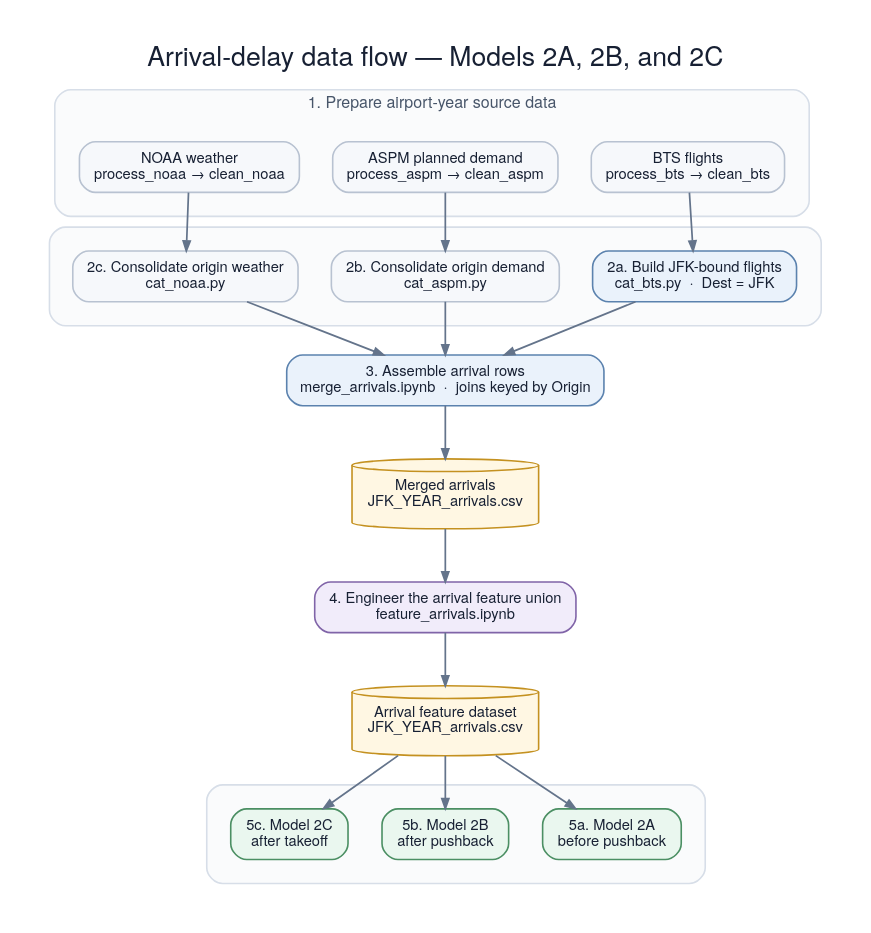
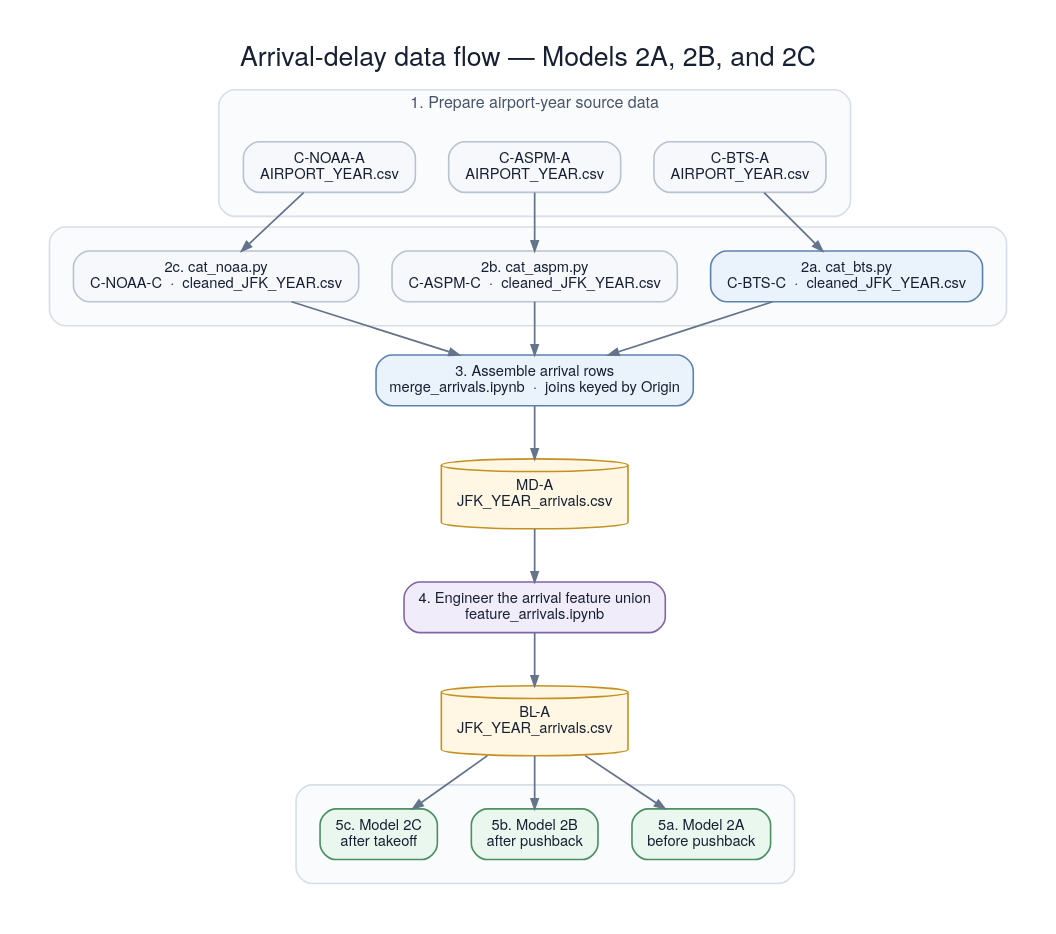
One commit to johndk/berkeley-ml-capstone changed the diagram in resources/diagrams/arrival-data-flow.dot. Above: the diagram before and after it, drawn with Graphviz. The commit also changed 30 other files, not shown here.

```diff
--- a/resources/diagrams/arrival-data-flow.dot
+++ b/resources/diagrams/arrival-data-flow.dot
@@ -1,133 +1,133 @@
 strict digraph arrival_data_flow {
     graph [
         rankdir=TB,
         bgcolor="white",
         pad=0.30,
         nodesep=0.35,
         ranksep=0.55,
         fontname="Helvetica Neue",
         fontcolor="#172033",
         label="Arrival-delay data flow — Models 2A, 2B, and 2C",
         labelloc=t,
         fontsize=20
     ];
 
     node [
         shape=box,
         style="rounded,filled",
         fillcolor="#F6F8FB",
         color="#B8C2D1",
         penwidth=1.2,
         fontname="Helvetica Neue",
         fontcolor="#172033",
         fontsize=11,
         margin="0.16,0.10"
     ];
 
     edge [
         color="#64748B",
         fontname="Helvetica Neue",
         fontcolor="#64748B",
         fontsize=9,
         penwidth=1.3,
         arrowsize=0.75
     ];
 
     subgraph cluster_sources {
         label="1. Prepare airport-year source data";
         labelloc=t;
         style="rounded,filled";
         fillcolor="#FAFBFC";
         color="#D7DEE8";
         penwidth=1.2;
         fontname="Helvetica Neue";
         fontcolor="#475569";
         fontsize=12;
         margin=18;
 
         { rank=same; bts; aspm; noaa; }
 
-        bts [label="BTS flights\nprocess_bts → clean_bts"];
-        aspm [label="ASPM planned demand\nprocess_aspm → clean_aspm"];
-        noaa [label="NOAA weather\nprocess_noaa → clean_noaa"];
+        bts [label="C-BTS-A\nAIRPORT_YEAR.csv"];
+        aspm [label="C-ASPM-A\nAIRPORT_YEAR.csv"];
+        noaa [label="C-NOAA-A\nAIRPORT_YEAR.csv"];
     }
 
     subgraph cluster_destination_inputs {
         label="";
         style="rounded,filled";
         fillcolor="#FAFBFC";
         color="#D7DEE8";
         penwidth=1.2;
         fontname="Helvetica Neue";
         fontcolor="#475569";
         fontsize=12;
         margin=18;
 
         { rank=same; inbound; demand; weather; }
 
         inbound [
-            label="2a. Build JFK-bound flights\ncat_bts.py  ·  Dest = JFK",
+            label="2a. cat_bts.py\nC-BTS-C  ·  cleaned_JFK_YEAR.csv",
             fillcolor="#EAF2FB",
             color="#5B82AE"
         ];
-        demand [label="2b. Consolidate origin demand\ncat_aspm.py"];
-        weather [label="2c. Consolidate origin weather\ncat_noaa.py"];
+        demand [label="2b. cat_aspm.py\nC-ASPM-C  ·  cleaned_JFK_YEAR.csv"];
+        weather [label="2c. cat_noaa.py\nC-NOAA-C  ·  cleaned_JFK_YEAR.csv"];
     }
 
     merge [
         label="3. Assemble arrival rows\nmerge_arrivals.ipynb  ·  joins keyed by Origin",
         fillcolor="#EAF2FB",
         color="#5B82AE"
     ];
 
     merged [
-        label="Merged arrivals\nJFK_YEAR_arrivals.csv",
+        label="MD-A\nJFK_YEAR_arrivals.csv",
         shape=cylinder,
         style=filled,
         fillcolor="#FFF7E3",
         color="#C49120"
     ];
 
     feature [
         label="4. Engineer the arrival feature union\nfeature_arrivals.ipynb",
         fillcolor="#F1ECFA",
         color="#8064A8"
     ];
 
     ready [
-        label="Arrival feature dataset\nJFK_YEAR_arrivals.csv",
+        label="BL-A\nJFK_YEAR_arrivals.csv",
         shape=cylinder,
         style=filled,
         fillcolor="#FFF7E3",
         color="#C49120"
     ];
 
     subgraph cluster_horizons {
         label="";
         style="rounded,filled";
         fillcolor="#FAFBFC";
         color="#D7DEE8";
         penwidth=1.2;
         fontname="Helvetica Neue";
         fontcolor="#475569";
         fontsize=12;
         margin=18;
 
         { rank=same; model_2a; model_2b; model_2c; }
 
         model_2a [label="5a. Model 2A\nbefore pushback", fillcolor="#EAF7EF", color="#4B8F63"];
         model_2b [label="5b. Model 2B\nafter pushback", fillcolor="#EAF7EF", color="#4B8F63"];
         model_2c [label="5c. Model 2C\nafter takeoff", fillcolor="#EAF7EF", color="#4B8F63"];
     }
 
     bts -> inbound;
     aspm -> demand;
     noaa -> weather;
     inbound -> merge;
     demand -> merge;
     weather -> merge;
     merge -> merged -> feature -> ready;
     ready -> model_2a;
     ready -> model_2b;
     ready -> model_2c;
 }
```
